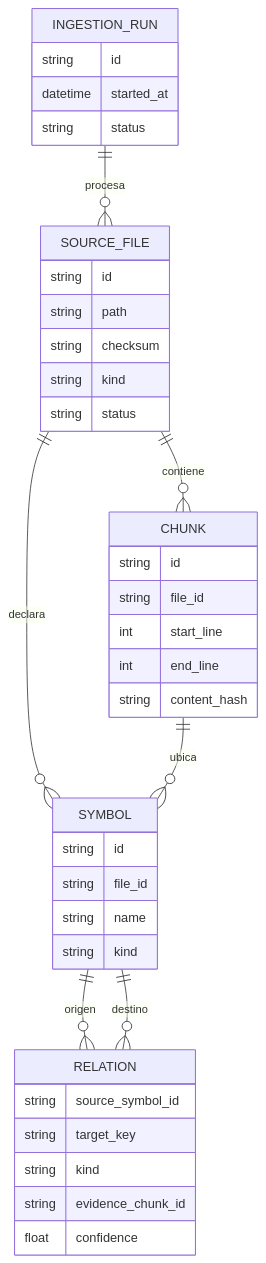
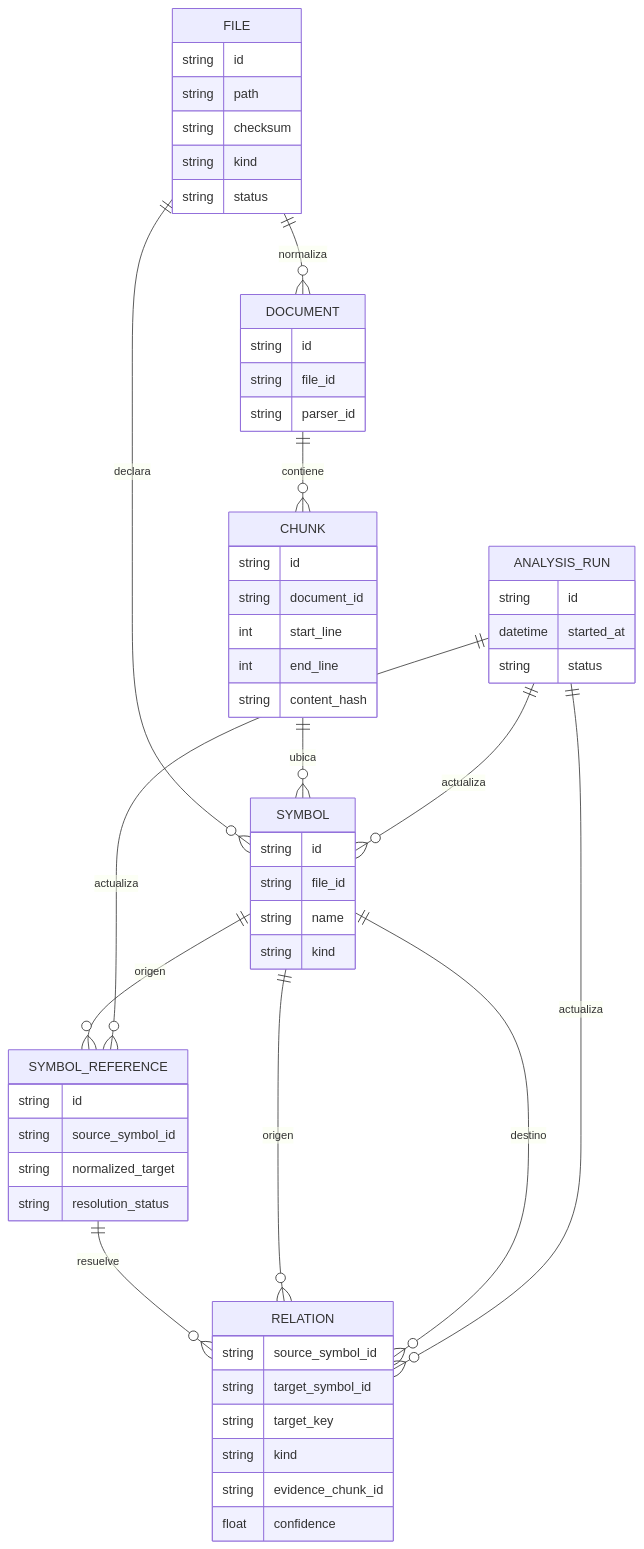
Before and after one commit to fcamasca/barbarion: the third of 4 diagrams in docs/ARCHITECTURE.md, drawn with Mermaid. The commit also changed other lines of this file and 1 other file, not shown here.

````diff
--- a/docs/ARCHITECTURE.md
+++ b/docs/ARCHITECTURE.md
@@ -148,42 +146,59 @@
 ```mermaid
 erDiagram
-    SOURCE_FILE ||--o{ CHUNK : contiene
-    SOURCE_FILE ||--o{ SYMBOL : declara
+    FILE ||--o{ DOCUMENT : normaliza
+    DOCUMENT ||--o{ CHUNK : contiene
+    FILE ||--o{ SYMBOL : declara
     CHUNK ||--o{ SYMBOL : ubica
+    SYMBOL ||--o{ SYMBOL_REFERENCE : origen
+    SYMBOL_REFERENCE ||--o{ RELATION : resuelve
     SYMBOL ||--o{ RELATION : origen
     SYMBOL ||--o{ RELATION : destino
-    INGESTION_RUN ||--o{ SOURCE_FILE : procesa
+    ANALYSIS_RUN ||--o{ SYMBOL : actualiza
+    ANALYSIS_RUN ||--o{ SYMBOL_REFERENCE : actualiza
+    ANALYSIS_RUN ||--o{ RELATION : actualiza
 
-    SOURCE_FILE {
+    FILE {
         string id
         string path
         string checksum
         string kind
         string status
     }
+    DOCUMENT {
+        string id
+        string file_id
+        string parser_id
+    }
     CHUNK {
         string id
-        string file_id
+        string document_id
         int start_line
         int end_line
         string content_hash
     }
     SYMBOL {
         string id
         string file_id
         string name
         string kind
     }
+    SYMBOL_REFERENCE {
+        string id
+        string source_symbol_id
+        string normalized_target
+        string resolution_status
+    }
     RELATION {
         string source_symbol_id
+        string target_symbol_id
         string target_key
         string kind
         string evidence_chunk_id
         float confidence
     }
-    INGESTION_RUN {
+    ANALYSIS_RUN {
         string id
         datetime started_at
         string status
     }
 ```
````
